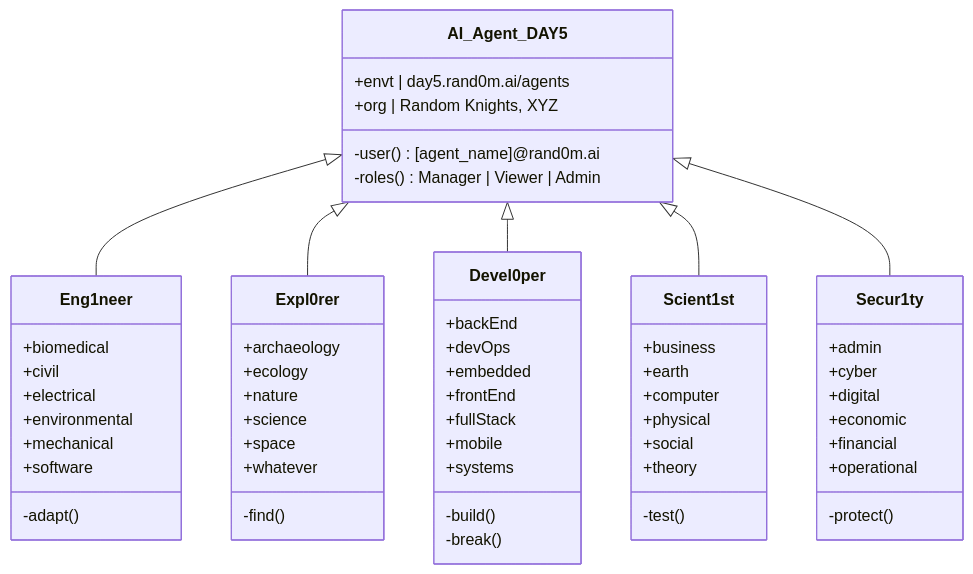
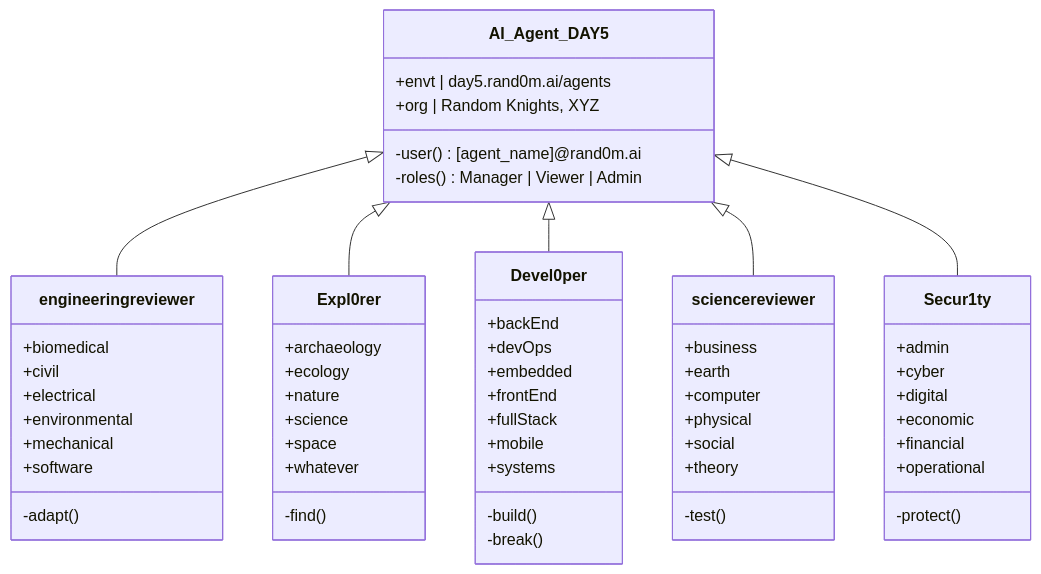
Before and after one commit to random-knights/.github: the second of 3 diagrams in READMORE/kn1ghts/README.md, drawn with Mermaid. The commit also changed other lines of this file and 30 other files, not shown here.

Commit message:
docs(.github): complete public READMORE + profile/TIMELINE from reorg branch

````diff
--- a/READMORE/kn1ghts/README.md
+++ b/READMORE/kn1ghts/README.md
@@ -232,59 +232,59 @@
 ```mermaid
 classDiagram
-    AI_Agent_DAY5 <|-- Eng1neer
+    AI_Agent_DAY5 <|-- engineering reviewer
     AI_Agent_DAY5 <|-- Expl0rer
     AI_Agent_DAY5 <|-- Devel0per
-    AI_Agent_DAY5 <|-- Scient1st
+    AI_Agent_DAY5 <|-- science reviewer
     AI_Agent_DAY5 <|-- Secur1ty
     AI_Agent_DAY5 : +envt | day5.rand0m.ai/agents
     AI_Agent_DAY5 : +org | Random Knights, XYZ
     AI_Agent_DAY5: -user() [agent_name]@rand0m.ai
     AI_Agent_DAY5: -roles() Manager | Viewer | Admin
-    class Eng1neer{
+    class engineering reviewer{
       +biomedical
       +civil
       +electrical
       +environmental
       +mechanical
       +software
       -adapt()
     }
     class Expl0rer{
       +archaeology
       +ecology
       +nature
       +science
       +space
       +whatever
       -find()
     }
     class Devel0per{
       +backEnd
       +devOps
       +embedded
       +frontEnd
       +fullStack
       +mobile
       +systems
       -build()
       -break()
     }
-    class Scient1st{
+    class science reviewer{
       +business
       +earth
       +computer
       +physical
       +social
       +theory
       -test()
     }
     class Secur1ty{
       +admin
       +cyber
       +digital
       +economic
       +financial
       +operational
       -protect()
     }
 ```
````
